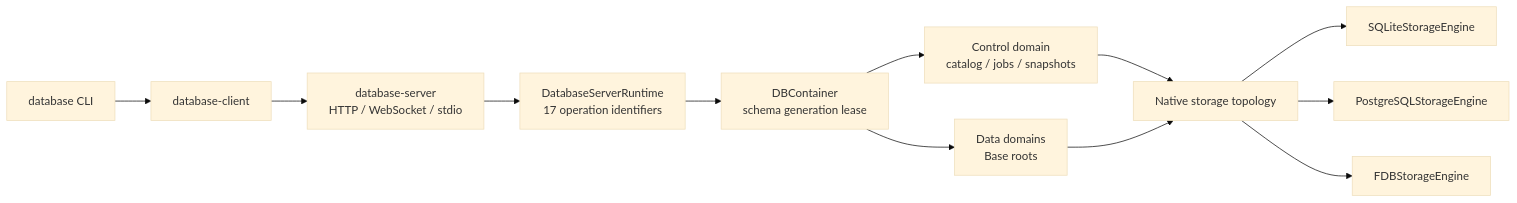
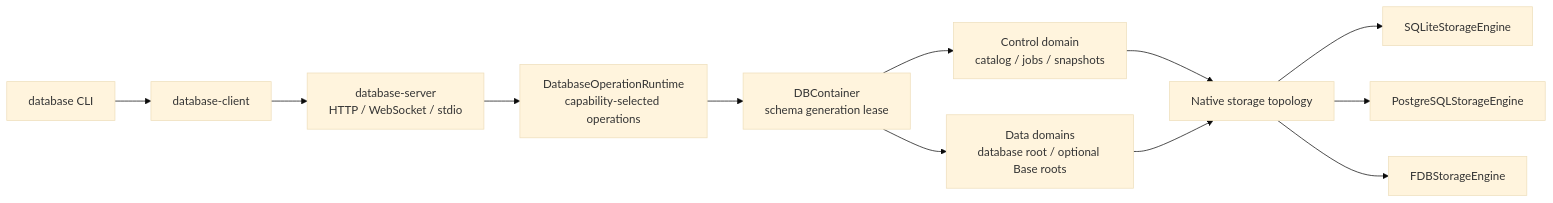
The diagram in README.md (1amageek/database-server), drawn with Mermaid (base theme) before and after one commit. The commit also changed other lines of this file and 28 other files, not shown here.

````diff
--- a/README.md
+++ b/README.md
@@ -9,14 +37,14 @@
 ```mermaid
 flowchart LR
     CLI["database CLI"] --> Client["database-client"]
     Client --> Host["database-server<br/>HTTP / WebSocket / stdio"]
-    Host --> Runtime["DatabaseServerRuntime<br/>17 operation identifiers"]
+    Host --> Runtime["DatabaseOperationRuntime<br/>capability-selected operations"]
     Runtime --> Container["DBContainer<br/>schema generation lease"]
     Container --> Control["Control domain<br/>catalog / jobs / snapshots"]
-    Container --> Data["Data domains<br/>Base roots"]
+    Container --> Data["Data domains<br/>database root / optional Base roots"]
     Control --> Factory["Native storage topology"]
     Data --> Factory
     Factory --> SQLite["SQLiteStorageEngine"]
     Factory --> PostgreSQL["PostgreSQLStorageEngine"]
     Factory --> FDB["FDBStorageEngine"]
 ```
````
